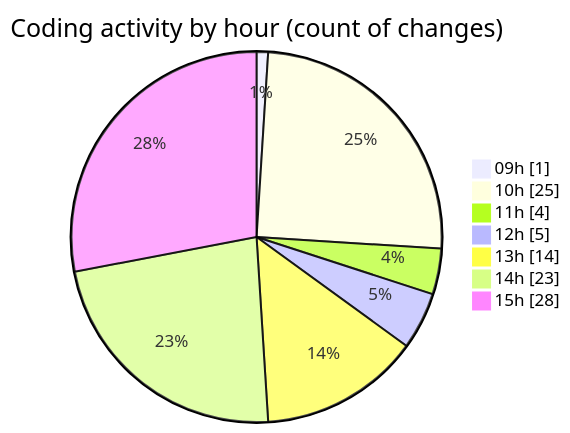
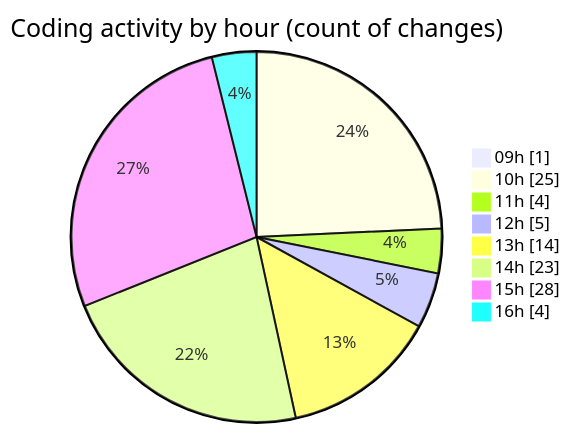
Before and after one commit to julien-gomy/code-tracking: the second of 2 diagrams in 2025-11-17/eventscop-frontend-guide__workspace_/README.md, drawn with Mermaid. The commit also changed other lines of this file and 1 other file, not shown here.

````diff
--- a/2025-11-17/eventscop-frontend-guide__workspace_/README.md
+++ b/2025-11-17/eventscop-frontend-guide__workspace_/README.md
@@ -55,11 +58,12 @@
 ```mermaid
 pie showData
 title Coding activity by hour (count of changes)
 "09h" : 1
 "10h" : 25
 "11h" : 4
 "12h" : 5
 "13h" : 14
 "14h" : 23
 "15h" : 28
+"16h" : 4
 ```
````
